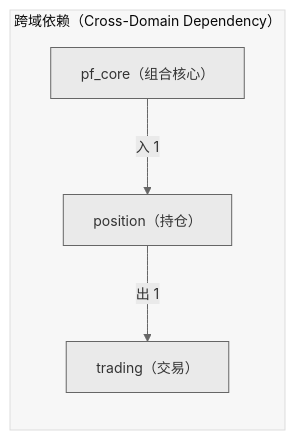
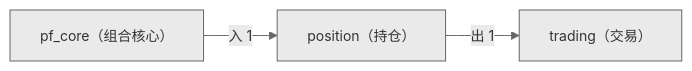
One commit to xuanFelixVan/ZephyrAlpha changed the second of 2 diagrams in docs/02_enterprise_architecture/06_decision_architecture/18_decision_l3_position.md. Above: the diagram before and after it, drawn with Mermaid. The commit also changed other lines of this file and 23 other files, not shown here.

First line of the commit message:
fix(decision-diagram): 去掉 subgraph + 加 secondaryColor 修复节点白色

````diff
--- a/docs/02_enterprise_architecture/06_decision_architecture/18_decision_l3_position.md
+++ b/docs/02_enterprise_architecture/06_decision_architecture/18_decision_l3_position.md
@@ -160,11 +160,9 @@
 ```mermaid
-%%{init: {'theme': 'base', 'themeVariables': {'primaryColor': '#eaeaea', 'primaryTextColor': '#333333', 'primaryBorderColor': '#666666', 'lineColor': '#666666', 'fontSize': '14px'}}}%%
+%%{init: {'theme': 'base', 'themeVariables': {'primaryColor': '#eaeaea', 'primaryTextColor': '#333333', 'primaryBorderColor': '#666666', 'lineColor': '#666666', 'secondaryColor': '#eaeaea', 'tertiaryColor': '#eaeaea', 'fontSize': '14px'}}}%%
 flowchart LR
-    subgraph cd_sg["跨域依赖（Cross-Domain Dependency）"]
-        SELF["position（持仓）"]
-        EXT_trading["trading（交易）"]
-        SELF -->|出 1| EXT_trading
-        EXT_pf_core["pf_core（组合核心）"]
-        EXT_pf_core -->|入 1| SELF
-    end
+    SELF["position（持仓）"]
+    EXT_trading["trading（交易）"]
+    SELF -->|出 1| EXT_trading
+    EXT_pf_core["pf_core（组合核心）"]
+    EXT_pf_core -->|入 1| SELF
 ```
````
